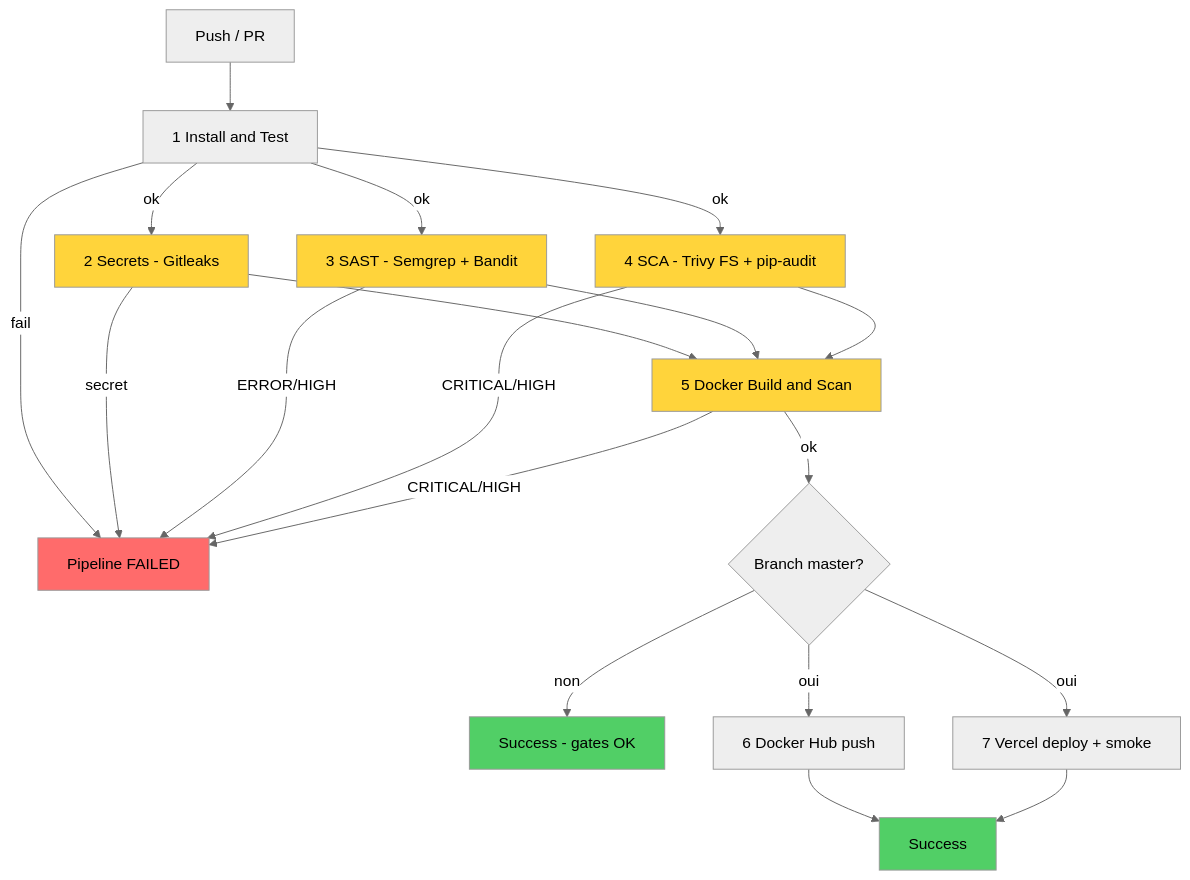
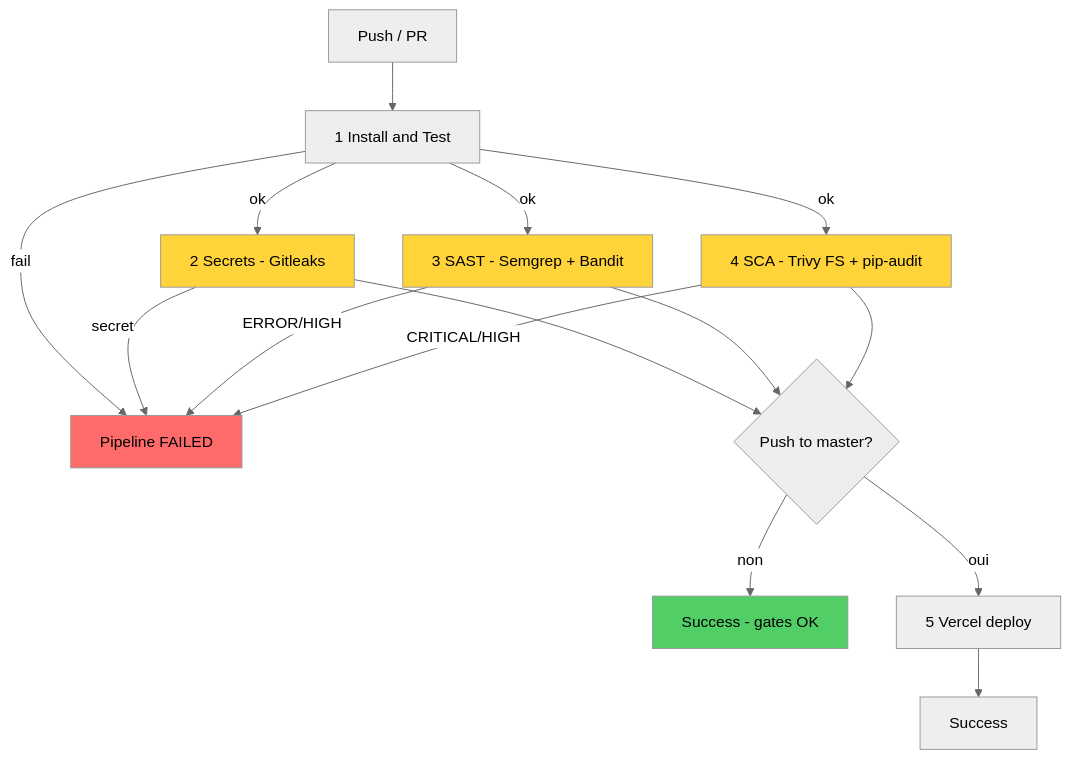
One commit to medHedi22222/devops changed the diagram in docs/02-to-be-pipeline.md. Above: the diagram before and after it, drawn with Mermaid (neutral theme). The commit also changed other lines of this file and 2 other files, not shown here.

````diff
--- a/docs/02-to-be-pipeline.md
+++ b/docs/02-to-be-pipeline.md
@@ -8,29 +8,23 @@
 ```mermaid
 graph TD
     A[Push / PR] --> B[1 Install and Test]
     B -->|fail| X[Pipeline FAILED]
     B -->|ok| C[2 Secrets - Gitleaks]
     B -->|ok| D[3 SAST - Semgrep + Bandit]
     B -->|ok| E[4 SCA - Trivy FS + pip-audit]
     C -->|secret| X
     D -->|ERROR/HIGH| X
     E -->|CRITICAL/HIGH| X
-    C --> F[5 Docker Build and Scan]
-    D --> F
-    E --> F
-    F -->|CRITICAL/HIGH| X
-    F -->|ok| G{Branch master?}
+    C --> G{Push to master?}
+    D --> G
+    E --> G
     G -->|non| H[Success - gates OK]
-    G -->|oui| I[6 Docker Hub push]
-    G -->|oui| J[7 Vercel deploy + smoke]
-    I --> K[Success]
-    J --> K
+    G -->|oui| I[5 Vercel deploy]
+    I --> J[Success]
 
     style X fill:#ff6b6b
     style H fill:#51cf66
-    style K fill:#51cf66
     style C fill:#ffd43b
     style D fill:#ffd43b
     style E fill:#ffd43b
-    style F fill:#ffd43b
 ```
````
